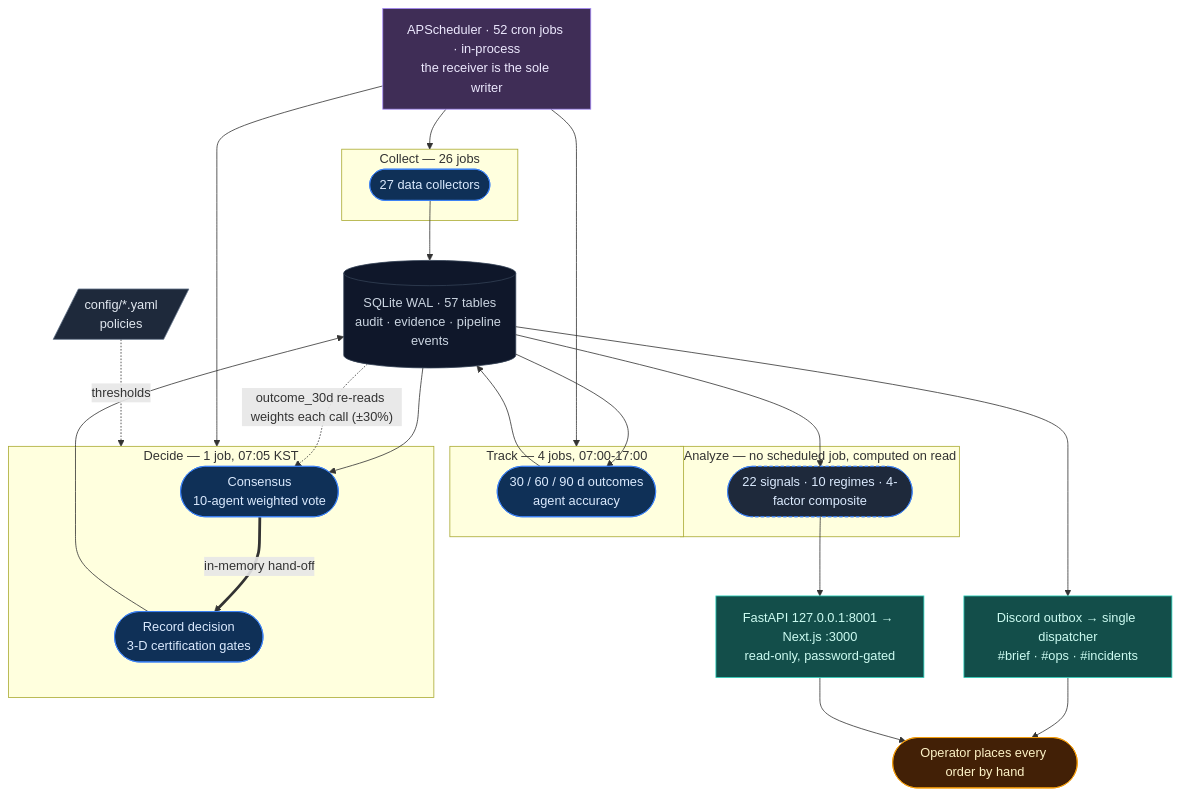
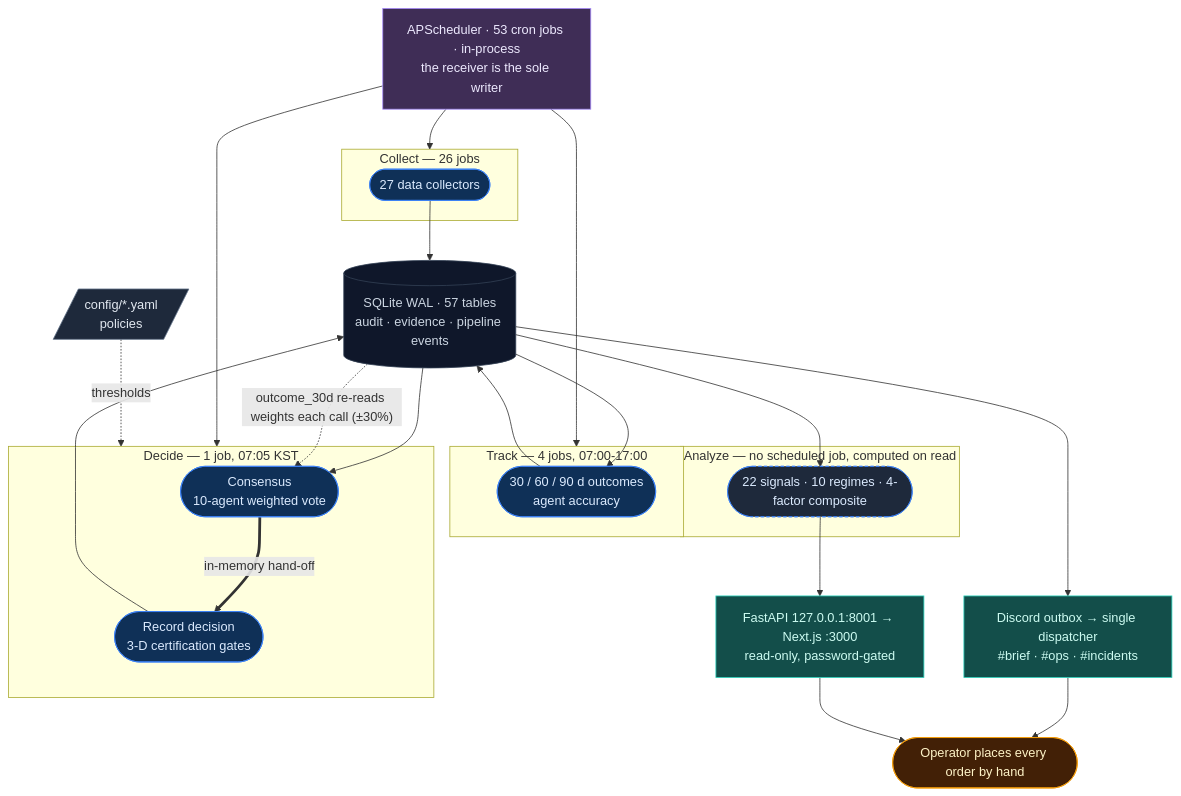
The diagram in README.md (researcherhojin/nuri-quant), drawn with Mermaid before and after one commit. The commit also changed other lines of this file and 15 other files, not shown here.

````diff
--- a/README.md
+++ b/README.md
@@ -55,53 +55,53 @@
 ```mermaid
 flowchart TB
-    SCHED["APScheduler · 52 cron jobs · in-process<br/>the receiver is the sole writer"]:::driver
+    SCHED["APScheduler · 53 cron jobs · in-process<br/>the receiver is the sole writer"]:::driver
     CFG[/"config/*.yaml<br/>policies"/]:::source
 
     subgraph Collect["Collect — 26 jobs"]
         COL(["27 data collectors"]):::pipe
     end
     subgraph Decide["Decide — 1 job, 07:05 KST"]
         CON(["Consensus<br/>10-agent weighted vote"]):::pipe
         CER(["Record decision<br/>3-D certification gates"]):::pipe
         CON ==>|in-memory hand-off| CER
     end
     subgraph Track["Track — 4 jobs, 07:00-17:00"]
         TRK(["30 / 60 / 90 d outcomes<br/>agent accuracy"]):::pipe
     end
     subgraph Analyze["Analyze — no scheduled job, computed on read"]
         ANA(["22 signals · 10 regimes · 4-factor composite"]):::lazy
     end
 
     DB[("SQLite WAL · 57 tables<br/>audit · evidence · pipeline events")]:::sink
 
     SCHED --> Collect
     SCHED --> Decide
     SCHED --> Track
     CFG -. thresholds .-> Decide
 
     COL --> DB
     DB --> CON
     CER --> DB
     DB --> TRK
     TRK --> DB
     DB -. "outcome_30d re-reads weights each call (±30%)" .-> CON
 
     DB --> ANA
     ANA --> READ
     DB --> BRIEF
 
     BRIEF["Discord outbox → single dispatcher<br/>#brief · #ops · #incidents"]:::out
     READ["FastAPI 127.0.0.1:8001 → Next.js :3000<br/>read-only, password-gated"]:::out
     USER(["Operator places every order by hand"]):::user
 
     BRIEF --> USER
     READ --> USER
 
     classDef driver fill:#3f2d56,stroke:#a78bfa,color:#ede9fe
     classDef source fill:#1e293b,stroke:#64748b,color:#e2e8f0
     classDef pipe   fill:#0f3057,stroke:#3b82f6,color:#dbeafe
     classDef lazy   fill:#1e293b,stroke:#3b82f6,color:#dbeafe,stroke-dasharray: 4 3
     classDef sink   fill:#0f172a,stroke:#334155,color:#cbd5e1
     classDef out    fill:#134e4a,stroke:#2dd4bf,color:#ccfbf1
     classDef user   fill:#422006,stroke:#f59e0b,color:#fef3c7
 ```
````
